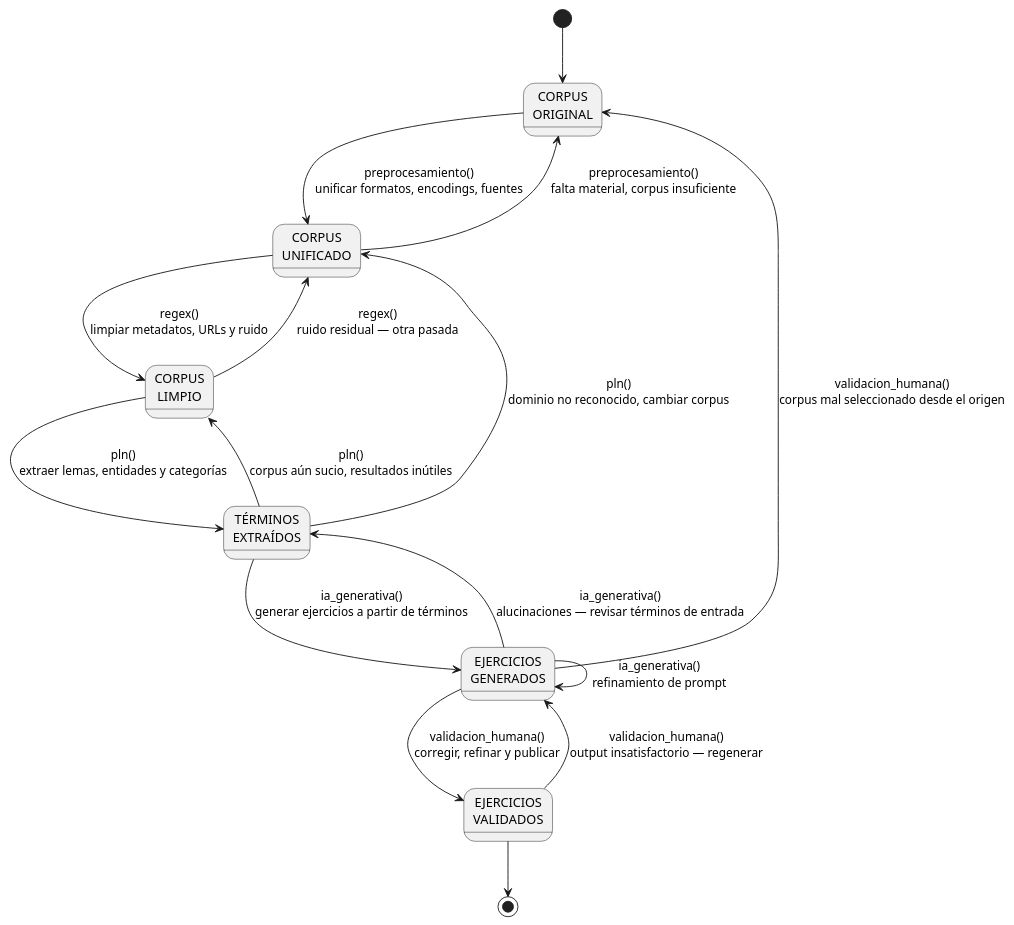
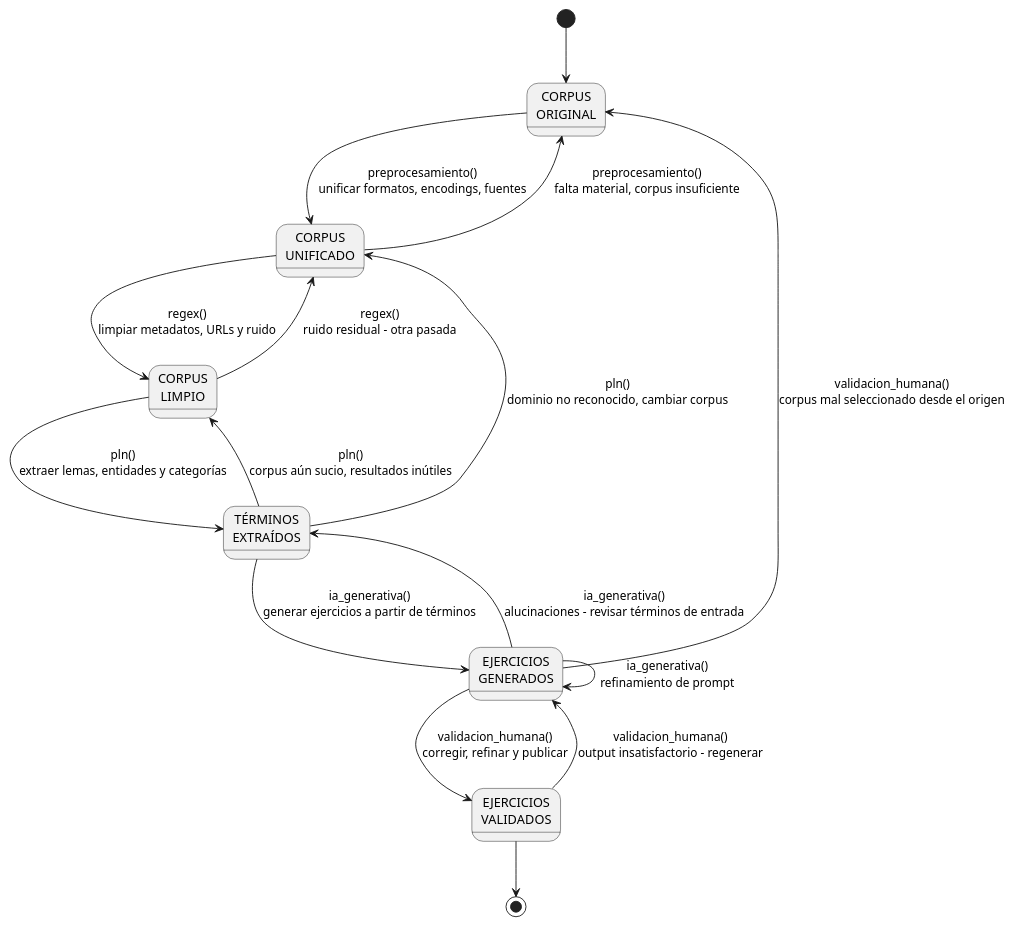
One commit to mmasias/25-26-LAET changed the diagram in modelosUML/day-in-the-life-real.puml. Above: the diagram before and after it, drawn with PlantUML. The commit also changed 3 other files, not shown here.

```diff
--- a/modelosUML/day-in-the-life-real.puml
+++ b/modelosUML/day-in-the-life-real.puml
@@ -1,32 +1,32 @@
 @startuml
 
 state "CORPUS\nORIGINAL" as Raw
 state "CORPUS\nUNIFICADO" as Unified
 state "CORPUS\nLIMPIO" as Clean
 state "TÉRMINOS\nEXTRAÍDOS" as Terms
 state "EJERCICIOS\nGENERADOS" as Draft
 state "EJERCICIOS\nVALIDADOS" as Published
 
 [*] --> Raw
 
 Raw --> Unified : preprocesamiento()\nunificar formatos, encodings, fuentes
 Unified --> Raw : preprocesamiento()\nfalta material, corpus insuficiente
 
 Unified --> Clean : regex()\nlimpiar metadatos, URLs y ruido
-Clean --> Unified : regex()\nruido residual — otra pasada
+Clean --> Unified : regex()\nruido residual - otra pasada
 
 Clean --> Terms : pln()\nextraer lemas, entidades y categorías
 Terms --> Clean : pln()\ncorpus aún sucio, resultados inútiles
 Terms --> Unified : pln()\ndominio no reconocido, cambiar corpus
 Terms --> Draft : ia_generativa()\ngenerar ejercicios a partir de términos
 
-Draft --> Terms : ia_generativa()\nalucinaciones — revisar términos de entrada
+Draft --> Terms : ia_generativa()\nalucinaciones - revisar términos de entrada
 Draft --> Draft : ia_generativa()\nrefinamiento de prompt
 Draft --> Raw : validacion_humana()\ncorpus mal seleccionado desde el origen
 
 Draft --> Published : validacion_humana()\ncorregir, refinar y publicar
-Published --> Draft : validacion_humana()\noutput insatisfactorio — regenerar
+Published --> Draft : validacion_humana()\noutput insatisfactorio - regenerar
 
 Published --> [*]
 
 @enduml
```
